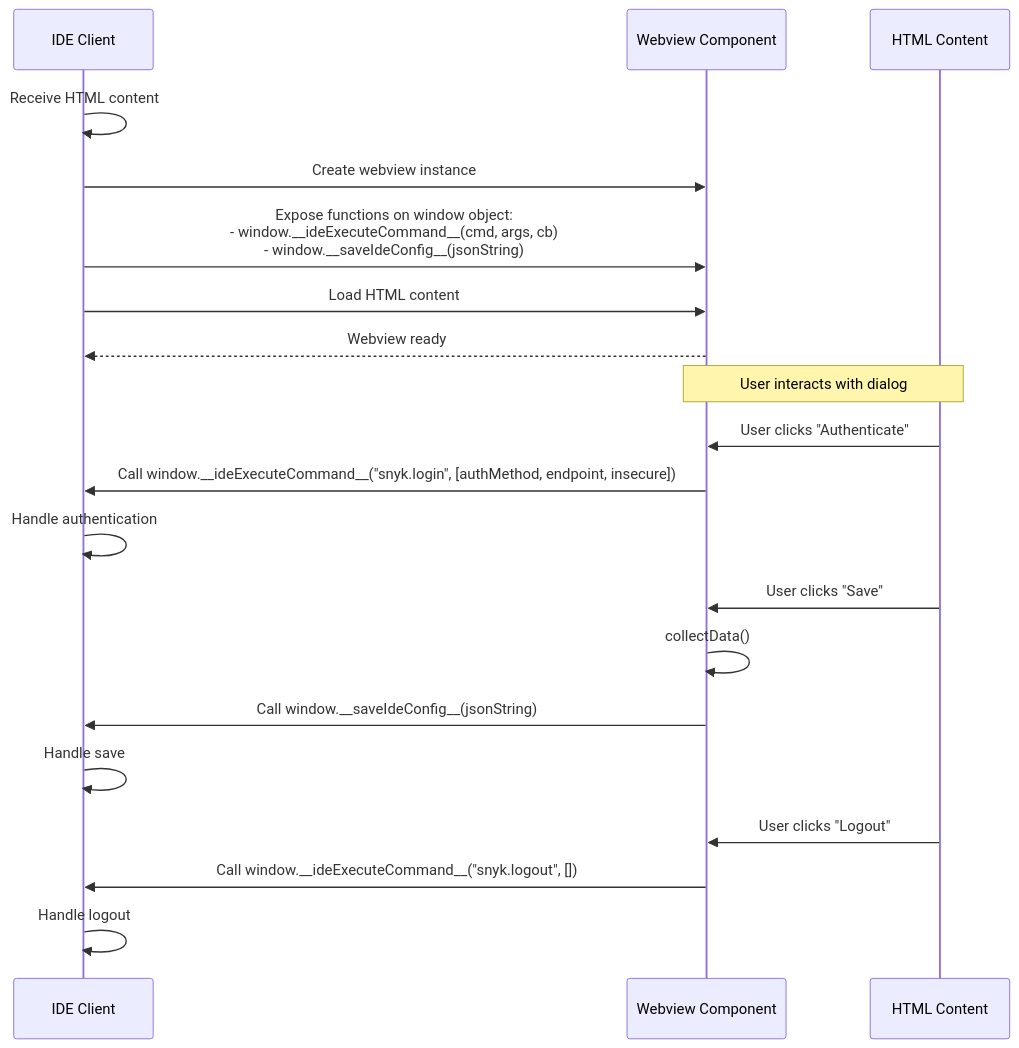
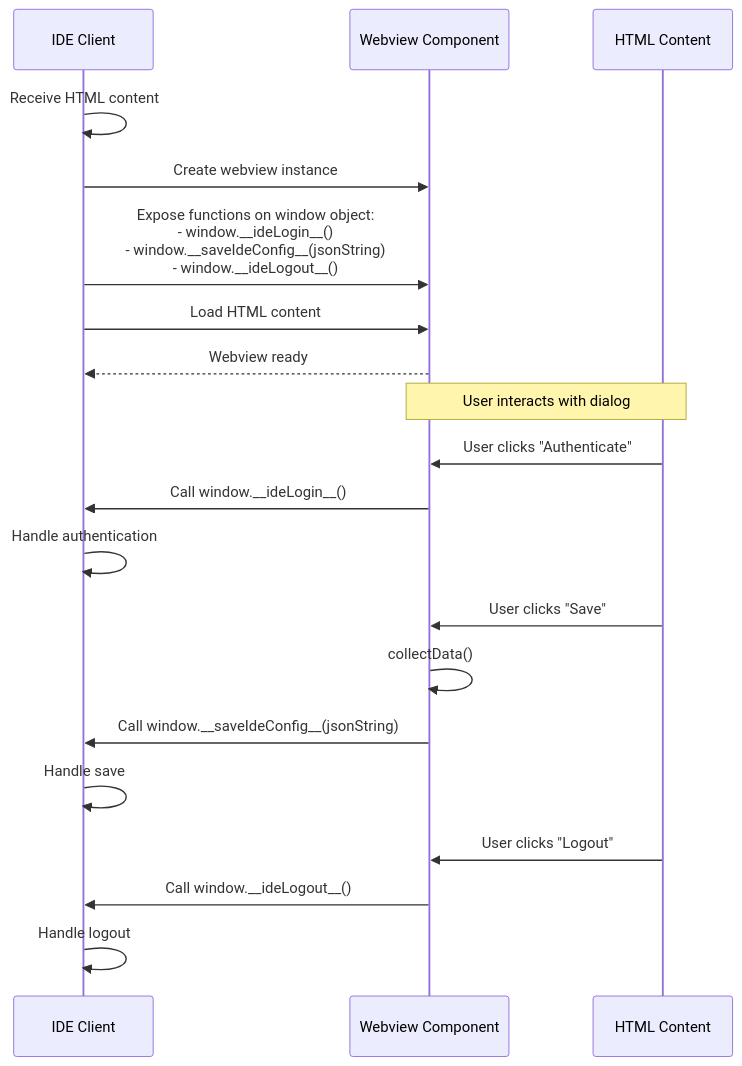
The second of 5 diagrams in docs/configuration-dialog.md (snyk/snyk-ls), drawn with Mermaid before and after one commit. The commit also changed other lines of this file and 12 other files, not shown here.

````diff
--- a/docs/configuration-dialog.md
+++ b/docs/configuration-dialog.md
@@ -448,31 +424,31 @@
 ```mermaid
 sequenceDiagram
     participant IDE as IDE Client
     participant Webview as Webview Component
     participant HTML as HTML Content
 
     IDE->>IDE: Receive HTML content
 
     IDE->>Webview: Create webview instance
 
-    IDE->>Webview: Expose functions on window object:<br/>- window.__ideExecuteCommand__(cmd, args, cb)<br/>- window.__saveIdeConfig__(jsonString)
+    IDE->>Webview: Expose functions on window object:<br/>- window.__ideLogin__()<br/>- window.__saveIdeConfig__(jsonString)<br/>- window.__ideLogout__()
 
     IDE->>Webview: Load HTML content
 
     Webview-->>IDE: Webview ready
 
     Note over HTML,Webview: User interacts with dialog
 
     HTML->>Webview: User clicks "Authenticate"
-    Webview->>IDE: Call window.__ideExecuteCommand__("snyk.login", [authMethod, endpoint, insecure])
+    Webview->>IDE: Call window.__ideLogin__()
     IDE->>IDE: Handle authentication
 
     HTML->>Webview: User clicks "Save"
     Webview->>Webview: collectData()
     Webview->>IDE: Call window.__saveIdeConfig__(jsonString)
     IDE->>IDE: Handle save
 
     HTML->>Webview: User clicks "Logout"
-    Webview->>IDE: Call window.__ideExecuteCommand__("snyk.logout", [])
+    Webview->>IDE: Call window.__ideLogout__()
     IDE->>IDE: Handle logout
 ```
````
